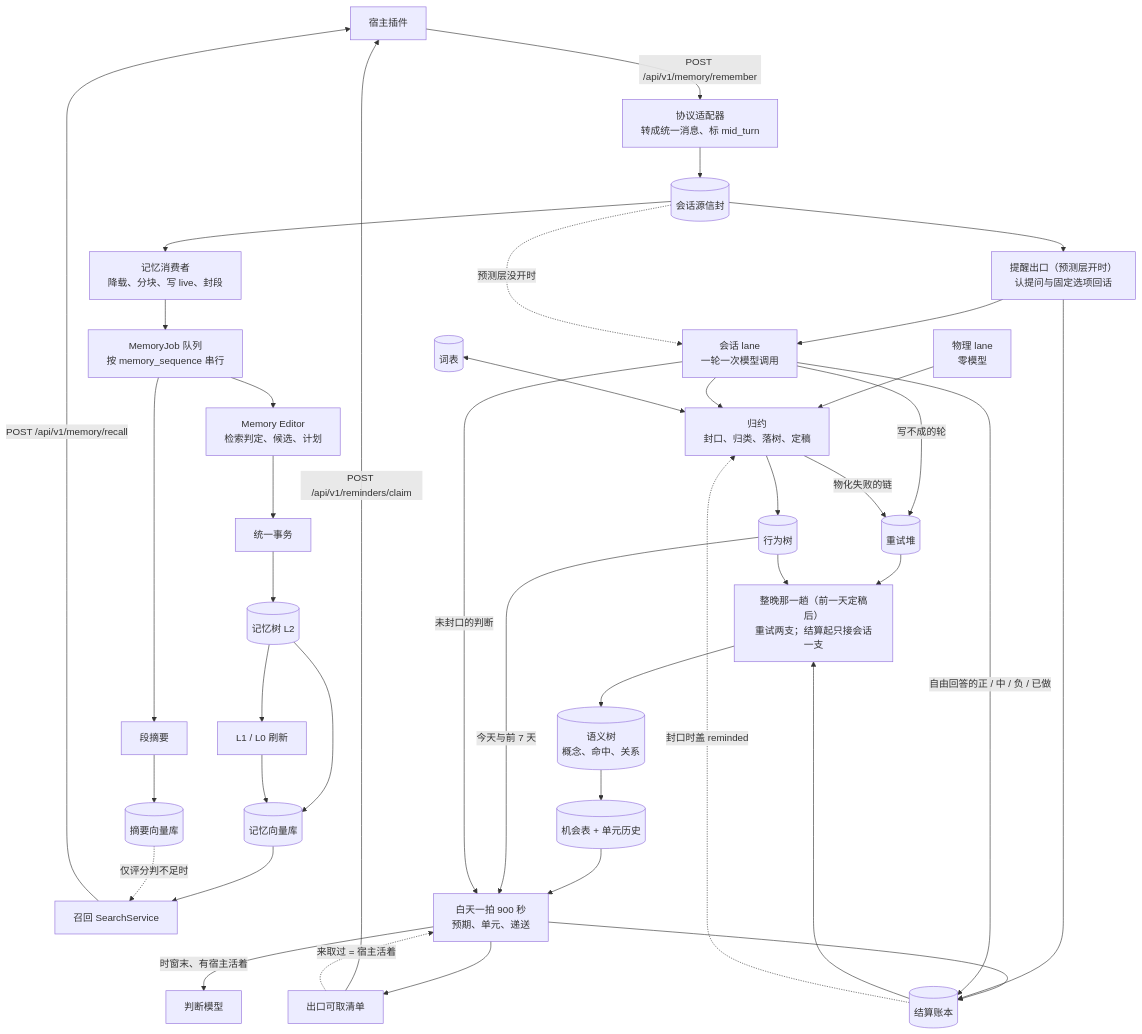
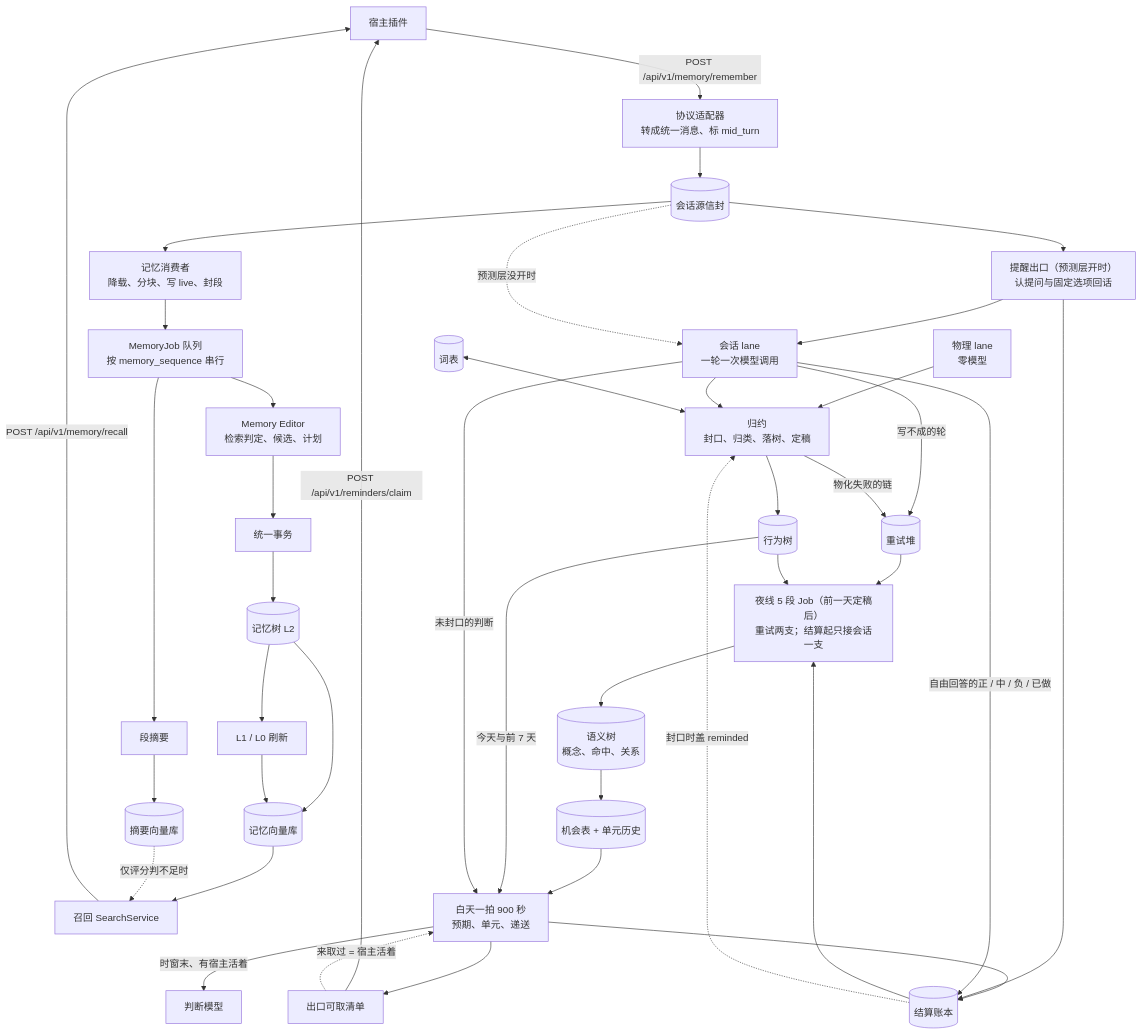
One commit to kkxx939-bot/Habitus changed the diagram in README.zh-CN.md. Above: the diagram before and after it, drawn with Mermaid. The commit also changed other lines of this file and 56 other files, not shown here.

````diff
--- a/README.zh-CN.md
+++ b/README.zh-CN.md
@@ -106,45 +106,45 @@
 ```mermaid
 flowchart TD
   HOST["宿主插件"] -->|"POST /api/v1/memory/remember"| ADP["协议适配器<br/>转成统一消息、标 mid_turn"]
   ADP --> SRC[("会话源信封")]
 
   SRC --> MEMC["记忆消费者<br/>降载、分块、写 live、封段"]
   MEMC --> JOB["MemoryJob 队列<br/>按 memory_sequence 串行"]
   JOB --> SUM["段摘要"]
   JOB --> ED["Memory Editor<br/>检索判定、候选、计划"]
   ED --> TX["统一事务"]
   TX --> L2[("记忆树 L2")]
   L2 --> L01["L1 / L0 刷新"]
   SUM --> SVEC[("摘要向量库")]
   L2 --> VEC[("记忆向量库")]
   L01 --> VEC
   VEC --> SS["召回 SearchService"]
   SVEC -.->|"仅评分判不足时"| SS
   SS -->|"POST /api/v1/memory/recall"| HOST
 
   SRC --> OUT["提醒出口（预测层开时）<br/>认提问与固定选项回话"]
   OUT --> SL["会话 lane<br/>一轮一次模型调用"]
   SRC -.->|"预测层没开时"| SL
   PL["物理 lane<br/>零模型"] --> RED
   SL --> RED["归约<br/>封口、归类、落树、定稿"]
   KINDS[("词表")] <--> RED
   RED --> TREE[("行为树")]
   SL -->|"写不成的轮"| RETRY[("重试堆")]
   RED -->|"物化失败的链"| RETRY
-  RETRY --> NIGHT["整晚那一趟（前一天定稿后）<br/>重试两支；结算起只接会话一支"]
+  RETRY --> NIGHT["夜线 5 段 Job（前一天定稿后）<br/>重试两支；结算起只接会话一支"]
   TREE --> NIGHT
   NIGHT --> SCENE[("语义树<br/>概念、命中、关系")]
   SCENE --> OPP[("机会表 + 单元历史")]
   OPP --> TICK["白天一拍 900 秒<br/>预期、单元、递送"]
   TREE -->|"今天与前 7 天"| TICK
   SL -->|"未封口的判断"| TICK
   TICK -->|"时窗末、有宿主活着"| JUDGE["判断模型"]
   TICK --> LED[("结算账本")]
   LED --> NIGHT
   OUT --> LED
   SL -->|"自由回答的正 / 中 / 负 / 已做"| LED
   LED -.->|"封口时盖 reminded"| RED
   TICK --> OPEN["出口可取清单"]
   OPEN -->|"POST /api/v1/reminders/claim"| HOST
   OPEN -.->|"来取过 = 宿主活着"| TICK
 ```
````
